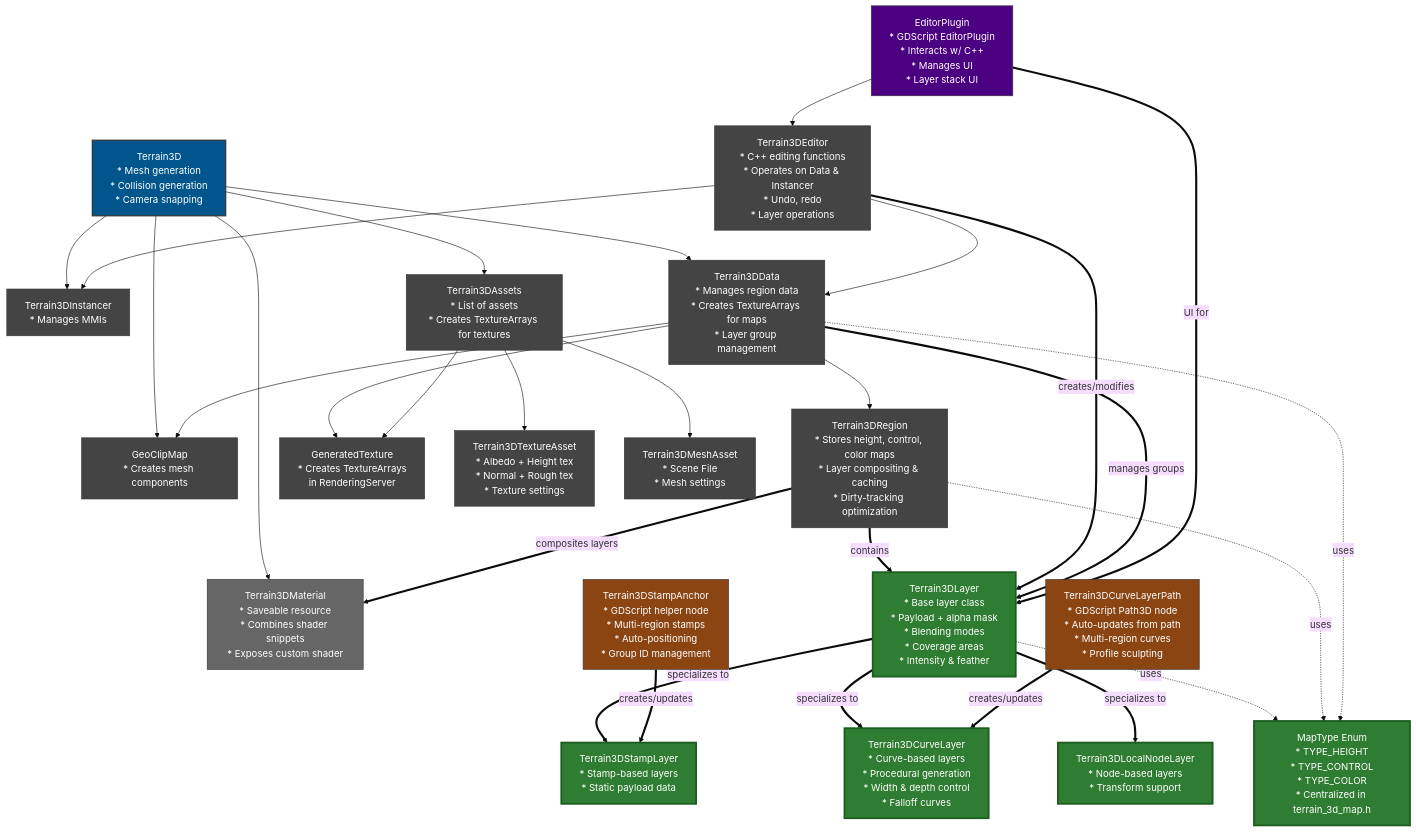
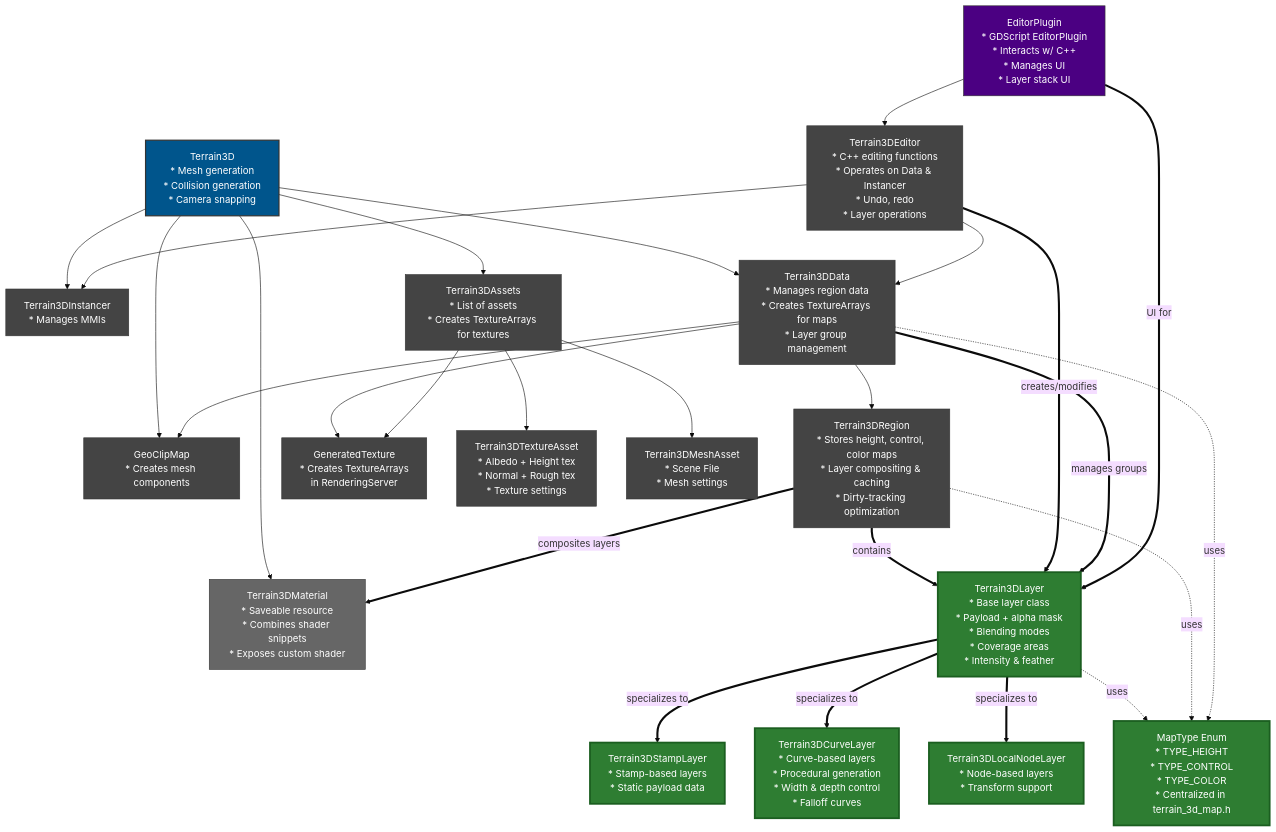
The first of 10 diagrams in doc/docs/non_destructive_layers_architecture.md (TokisanGames/Terrain3D), drawn with Mermaid (base theme) before and after one commit. The commit also changed other lines of this file and 1 other file, not shown here.

Commit message:
Update documentation for non-destructive layers to reflect new external tool integration

```diff
--- a/doc/docs/non_destructive_layers_architecture.md
+++ b/doc/docs/non_destructive_layers_architecture.md
@@ -24,7 +24,7 @@
     classDef plugin fill:#4B0082,stroke:#333,stroke-width:1px,color:#fff;
     classDef layerNew fill:#2E7D32,stroke:#1B5E20,stroke-width:3px,color:#fff;
     classDef resource fill:#666,stroke:#333,stroke-width:1px,color:#fff;
-    classDef gdscript fill:#8B4513,stroke:#333,stroke-width:1px,color:#fff;
+    %% (Helper nodes removed; external tools now integrate through API only)
 
     %% Main Nodes
     T3D[Terrain3D<br/>* Mesh generation<br/>* Collision generation<br/>* Camera snapping]:::main
@@ -60,10 +60,6 @@
     
     T3DLNL[Terrain3DLocalNodeLayer<br/>* Node-based layers<br/>* Transform support]:::layerNew
     
-    StampAnchor[Terrain3DStampAnchor<br/>* GDScript helper node<br/>* Multi-region stamps<br/>* Auto-positioning<br/>* Group ID management]:::gdscript
-    
-    CurveAnchor[Terrain3DCurveLayerPath<br/>* GDScript Path3D node<br/>* Auto-updates from path<br/>* Multi-region curves<br/>* Profile sculpting]:::gdscript
-
     MapType[MapType Enum<br/>* TYPE_HEIGHT<br/>* TYPE_CONTROL<br/>* TYPE_COLOR<br/>* Centralized in terrain_3d_map.h]:::layerNew
 
     %% Original Connections
@@ -95,9 +91,6 @@
     T3DD ==>|manages groups| T3DL
     EP ==>|UI for| T3DL
     
-    StampAnchor ==>|creates/updates| T3DSL
-    CurveAnchor ==>|creates/updates| T3DCL
-    
     T3DR ==>|composites layers| T3DM
     T3DL -.->|uses| MapType
     T3DR -.->|uses| MapType
```
